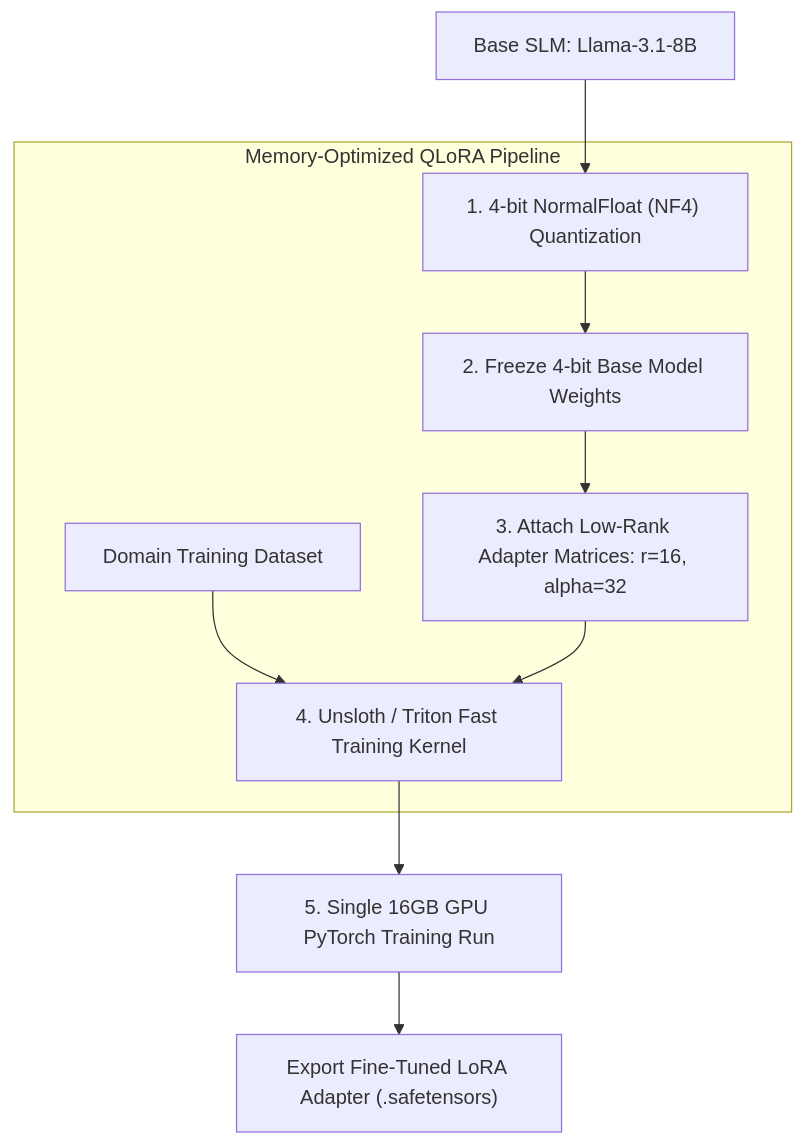
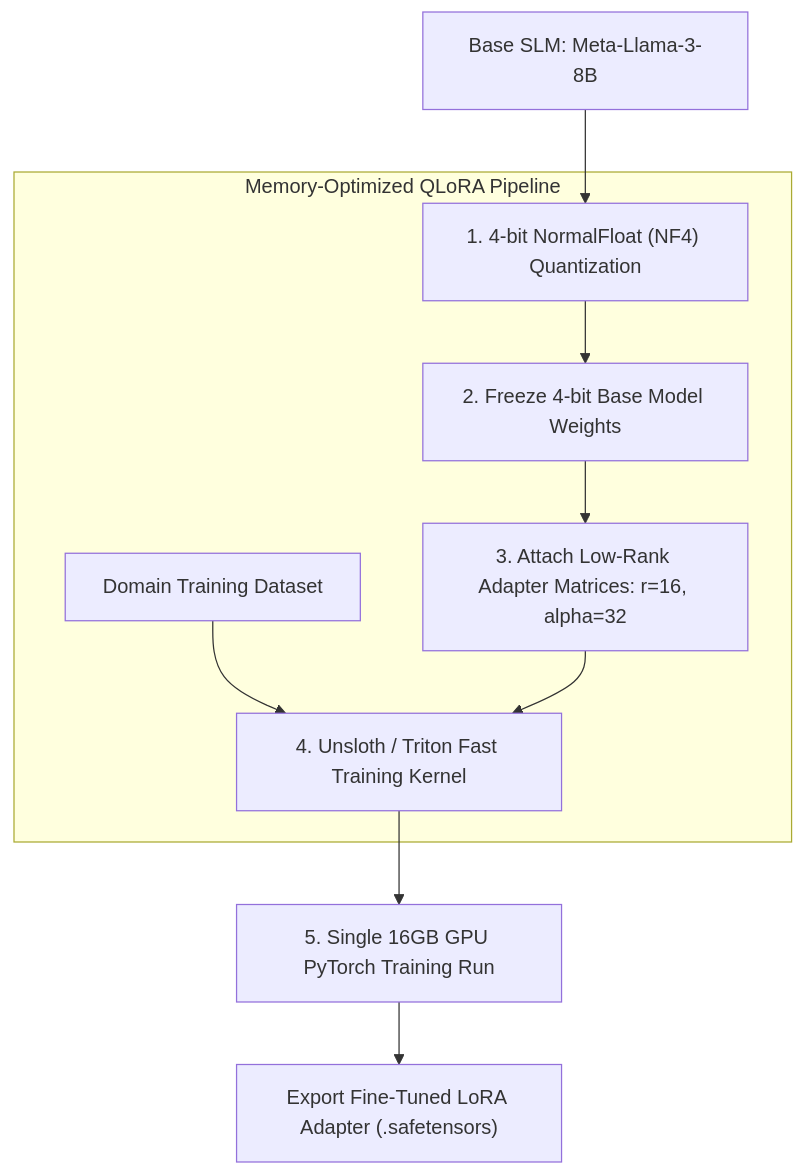
One commit to vesviet/vesviet changed the diagram in content/series/slm-playbook/part-3-lora-qlora-tuning.md. Above: the diagram before and after it, drawn with Mermaid. The commit also changed other lines of this file and 7 other files, not shown here.

````diff
--- a/content/series/slm-playbook/part-3-lora-qlora-tuning.md
+++ b/content/series/slm-playbook/part-3-lora-qlora-tuning.md
@@ -39,14 +51,14 @@
 ```mermaid
 graph TD
-    BaseModel["Base SLM: Llama-3.1-8B"] --> NF4Quant["1. 4-bit NormalFloat (NF4) Quantization"]
+    BaseModel["Base SLM: Meta-Llama-3-8B"] --> NF4Quant["1. 4-bit NormalFloat (NF4) Quantization"]
     
     subgraph Memory-Optimized QLoRA Pipeline
         NF4Quant --> FreezeBase[2. Freeze 4-bit Base Model Weights]
         FreezeBase --> AttachAdapters["3. Attach Low-Rank Adapter Matrices: r=16, alpha=32"]
         Dataset[Domain Training Dataset] --> UnslothKernel["4. Unsloth / Triton Fast Training Kernel"]
         AttachAdapters --> UnslothKernel
     end
 
     UnslothKernel --> GPUTraining[5. Single 16GB GPU PyTorch Training Run]
     GPUTraining --> AdapterWeights["Export Fine-Tuned LoRA Adapter (.safetensors)"]
 ```
````
